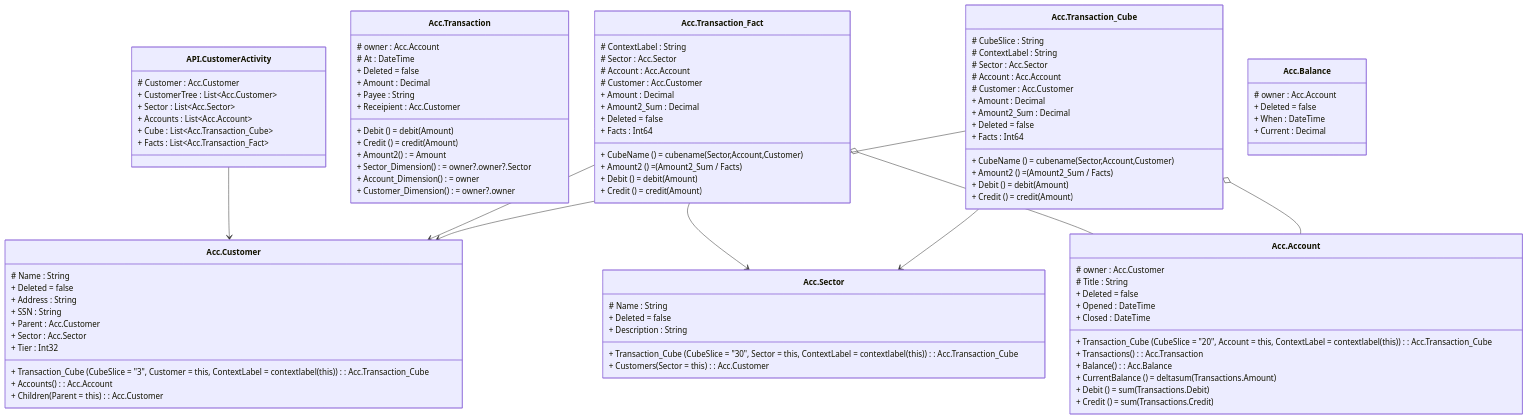
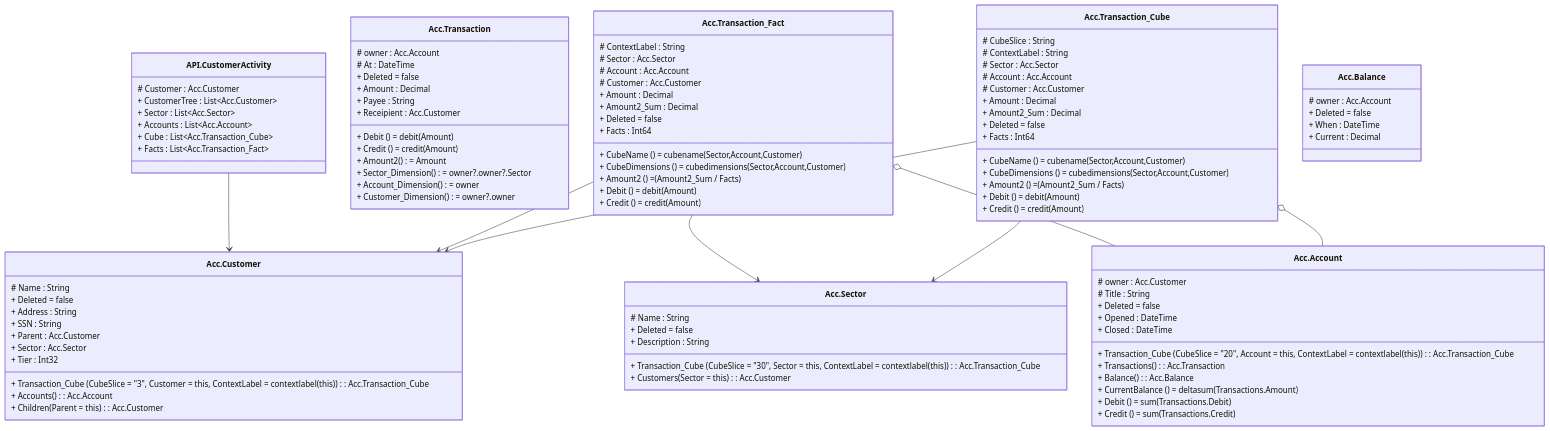
The diagram in examples/Account/Account-physical.md (channell/Hiperspace), drawn with Mermaid before and after one commit. The commit also changed other lines of this file and 44 other files, not shown here.

First line of the commit message:
<PackageReleaseNotes>https://www.cepheis.com/hiperspace/20260509 # Overview This release is a minor update to support the presentation Cube data in  Graph views with **Hiperspace.DB**, and minor updated to external references.

```diff
--- a/examples/Account/Account-physical.md
+++ b/examples/Account/Account-physical.md
@@ -66,6 +66,7 @@
         + Deleted  = false
         + Facts  : Int64
         + CubeName () = cubename(Sector,Account,Customer)
+        + CubeDimensions () = cubedimensions(Sector,Account,Customer)
         + Amount2 () = (Amount2_Sum / Facts)
         + Debit () = debit(Amount)
         + Credit () = credit(Amount)
@@ -84,6 +85,7 @@
         + Deleted  = false
         + Facts  : Int64
         + CubeName () = cubename(Sector,Account,Customer)
+        + CubeDimensions () = cubedimensions(Sector,Account,Customer)
         + Amount2 () = (Amount2_Sum / Facts)
         + Debit () = debit(Amount)
         + Credit () = credit(Amount)
```
